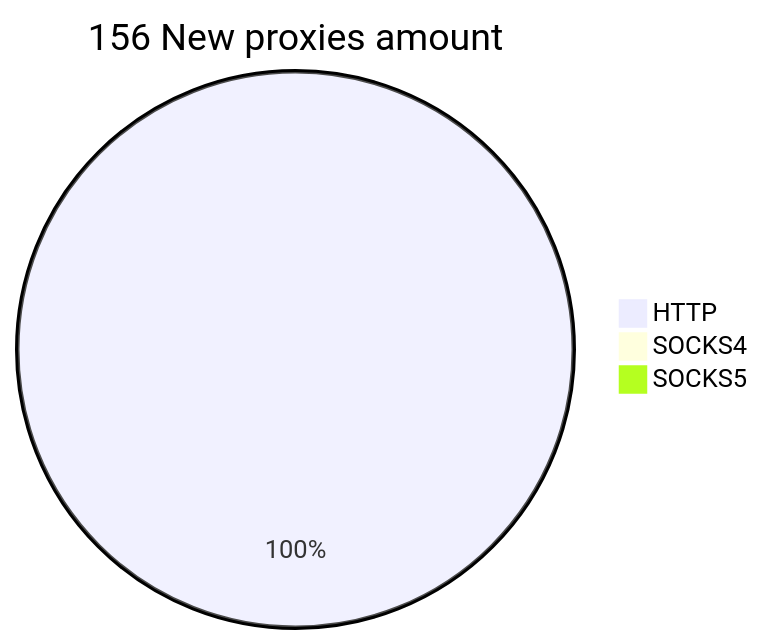
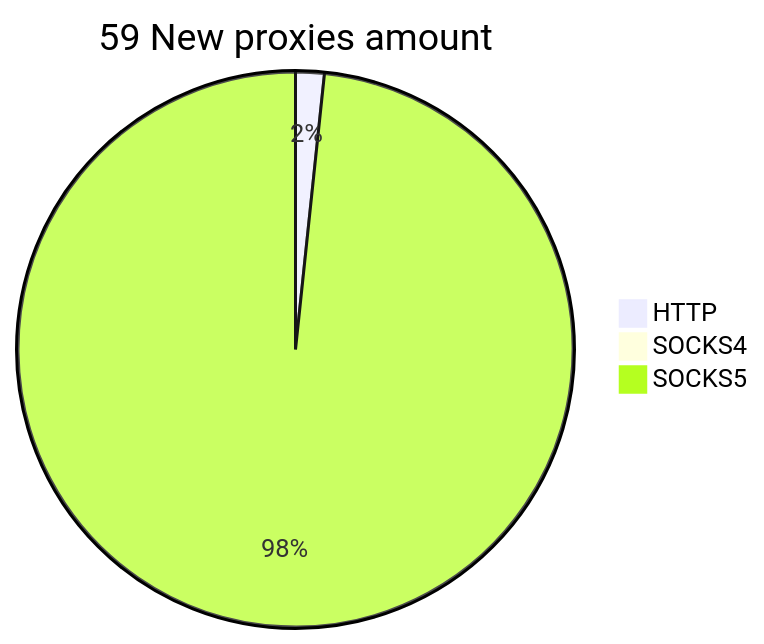
Before and after one commit to cutipu/proxylist: the second of 2 diagrams in README.md, drawn with Mermaid. The commit also changed other lines of this file, not shown here.

````diff
--- a/README.md
+++ b/README.md
@@ -10,6 +10,6 @@
 ```mermaid
-pie title 156 New proxies amount
-    "HTTP" : 209
+pie title 59 New proxies amount
+    "HTTP" : 1
     "SOCKS4" : 0
-    "SOCKS5" : 0
+    "SOCKS5" : 59
 ```
````
